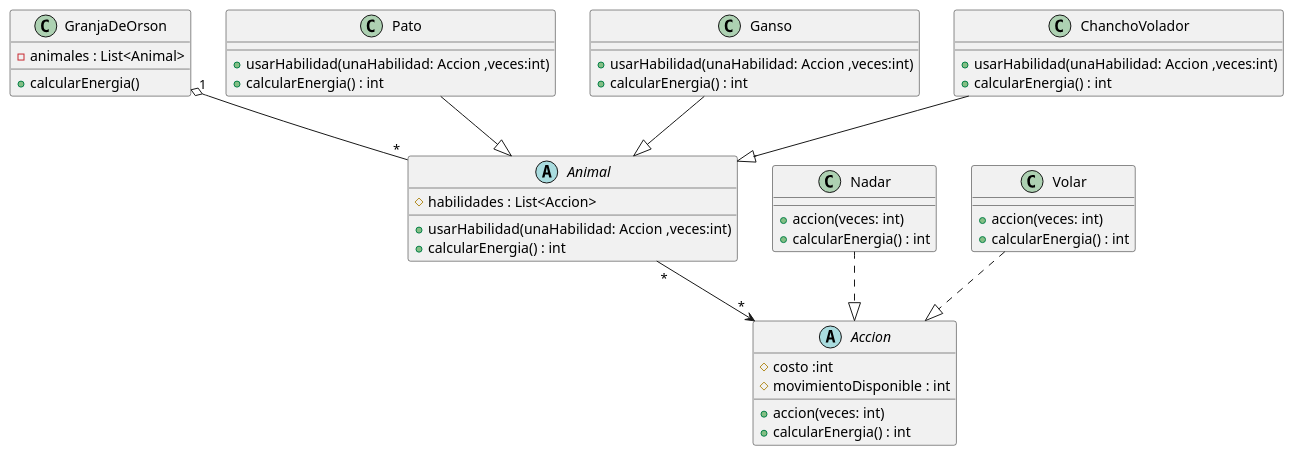
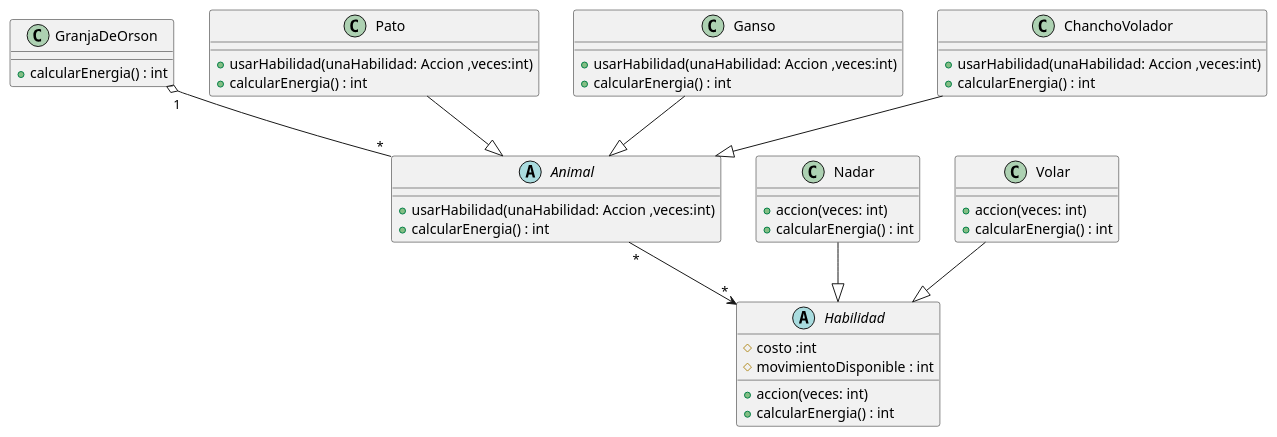
Before and after one commit to Mortha4/algoritmos3-parciales-Suarez: the diagram in GranjaOrson1C2026/diagrama/clases.puml, drawn with PlantUML. The commit also changed 23 other files, not shown here.

```diff
--- a/GranjaOrson1C2026/diagrama/clases.puml
+++ b/GranjaOrson1C2026/diagrama/clases.puml
@@ -1,77 +1,75 @@
 @startuml
 
 
 class GranjaDeOrson{
-    -animales : List<Animal>
 
-    +calcularEnergia()
+    +calcularEnergia() : int
 
 }
 
 
 abstract class Animal {
-    #habilidades : List<Accion>
 
     +usarHabilidad(unaHabilidad: Accion ,veces:int)
     +calcularEnergia() : int
 
 }
 
 class Pato{
     +usarHabilidad(unaHabilidad: Accion ,veces:int)
     +calcularEnergia() : int
 
 }
 
 class Ganso{
     +usarHabilidad(unaHabilidad: Accion ,veces:int)
     +calcularEnergia() : int
 
 }
 
 class ChanchoVolador{
 
     +usarHabilidad(unaHabilidad: Accion ,veces:int)
     +calcularEnergia() : int
 
 
 }
 
-abstract class Accion {
+abstract class Habilidad {
     #costo :int
     #movimientoDisponible : int
 
     +accion(veces: int)
     +calcularEnergia() : int
 }
 
 class Nadar {
 
     +accion(veces: int)
     +calcularEnergia() : int
 }
 
 class Volar {
 
     +accion(veces: int)
     +calcularEnergia() : int
 
 }
 
-Volar ..|> Accion 
-Nadar ..|> Accion
+Volar --|> Habilidad 
+Nadar --|> Habilidad
 
 GranjaDeOrson "1" o-- "*" Animal
 ChanchoVolador --|> Animal
 Pato --|> Animal
 Ganso --|> Animal
 
-Animal "*" --> "*" Accion 
+Animal "*" --> "*" Habilidad 
 
 
 
 
 
 
 
 @enduml
```
